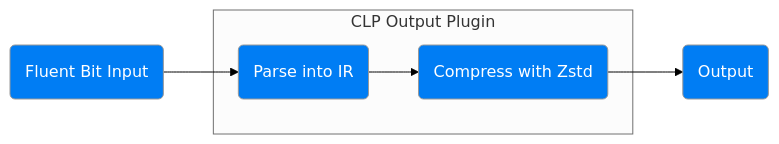
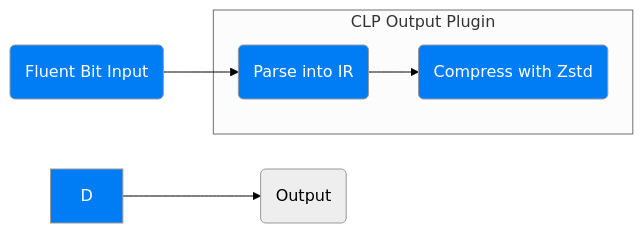
One commit to y-scope/fluent-bit-clp changed the diagram in README.md. Above: the diagram before and after it, drawn with Mermaid.

Commit message:
change var name in diagram

````diff
--- a/README.md
+++ b/README.md
@@ -8,11 +8,11 @@
 ```mermaid
 %%{init: {'theme':'neutral','themeVariables': {'primaryBorderColor': 'black','lineColor': 'black'}}}%%
 flowchart LR
-    A(Fluent Bit Input) --> C
+    A(Fluent Bit Input) --> B
     subgraph CLP Output Plugin
-    C(Parse into IR) --> D(Compress with Zstd)
+    B(Parse into IR) --> C(Compress with Zstd)
     end
     D --> E(Output)
     classDef format fill:#007DF4,color:white
-    class A,B,C,D,E format
+    class A,B,C,D format
 ```
````
